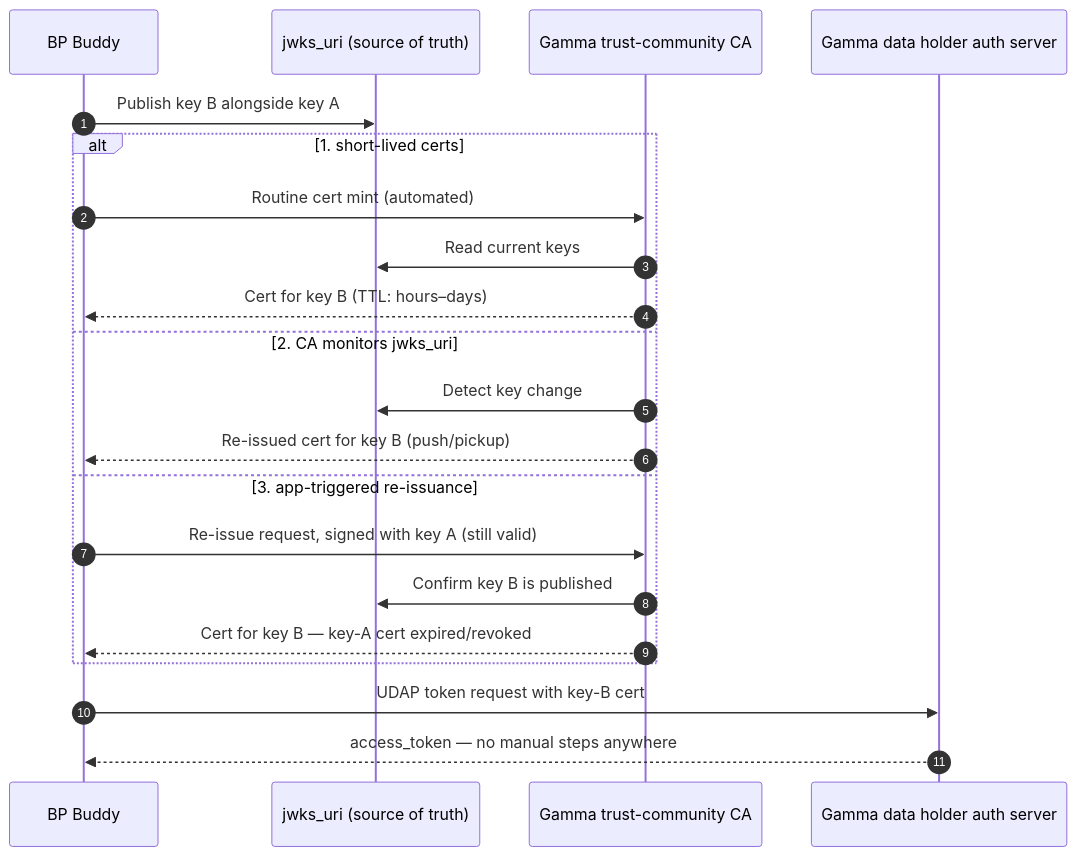
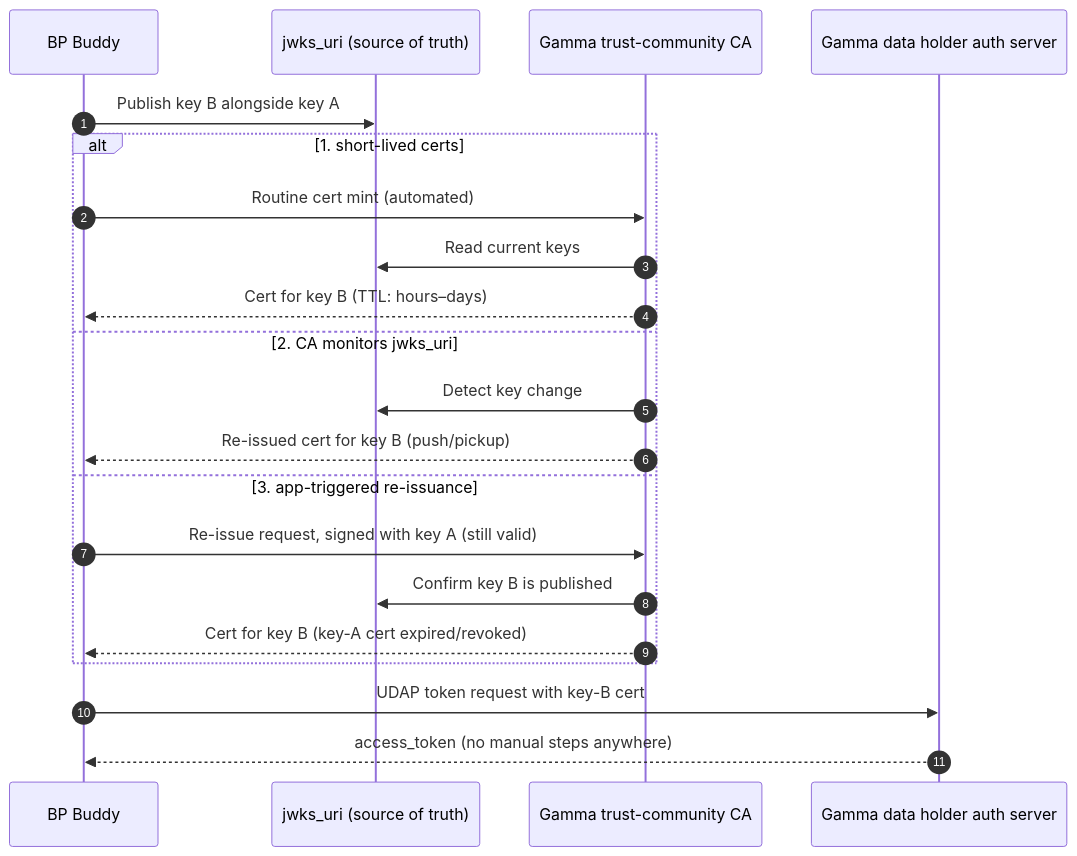
Before and after one commit to jmandel/cms-ns: the tenth of 10 diagrams in app-connectivity-flows.md, drawn with Mermaid. The commit also changed other lines of this file and 1 other file, not shown here.

````diff
--- a/app-connectivity-flows.md
+++ b/app-connectivity-flows.md
@@ -289,24 +290,24 @@
 ```mermaid
 sequenceDiagram
     autonumber
     participant App as BP Buddy
     participant JWKS as jwks_uri (source of truth)
     participant CA as Gamma trust-community CA
     participant DH as Gamma data holder auth server
 
     App->>JWKS: Publish key B alongside key A
     alt 1. short-lived certs
         App->>CA: Routine cert mint (automated)
         CA->>JWKS: Read current keys
         CA-->>App: Cert for key B (TTL: hours–days)
     else 2. CA monitors jwks_uri
         CA->>JWKS: Detect key change
         CA-->>App: Re-issued cert for key B (push/pickup)
     else 3. app-triggered re-issuance
         App->>CA: Re-issue request, signed with key A (still valid)
         CA->>JWKS: Confirm key B is published
-        CA-->>App: Cert for key B — key-A cert expired/revoked
+        CA-->>App: Cert for key B (key-A cert expired/revoked)
     end
     App->>DH: UDAP token request with key-B cert
-    DH-->>App: access_token — no manual steps anywhere
+    DH-->>App: access_token (no manual steps anywhere)
 ```
````
